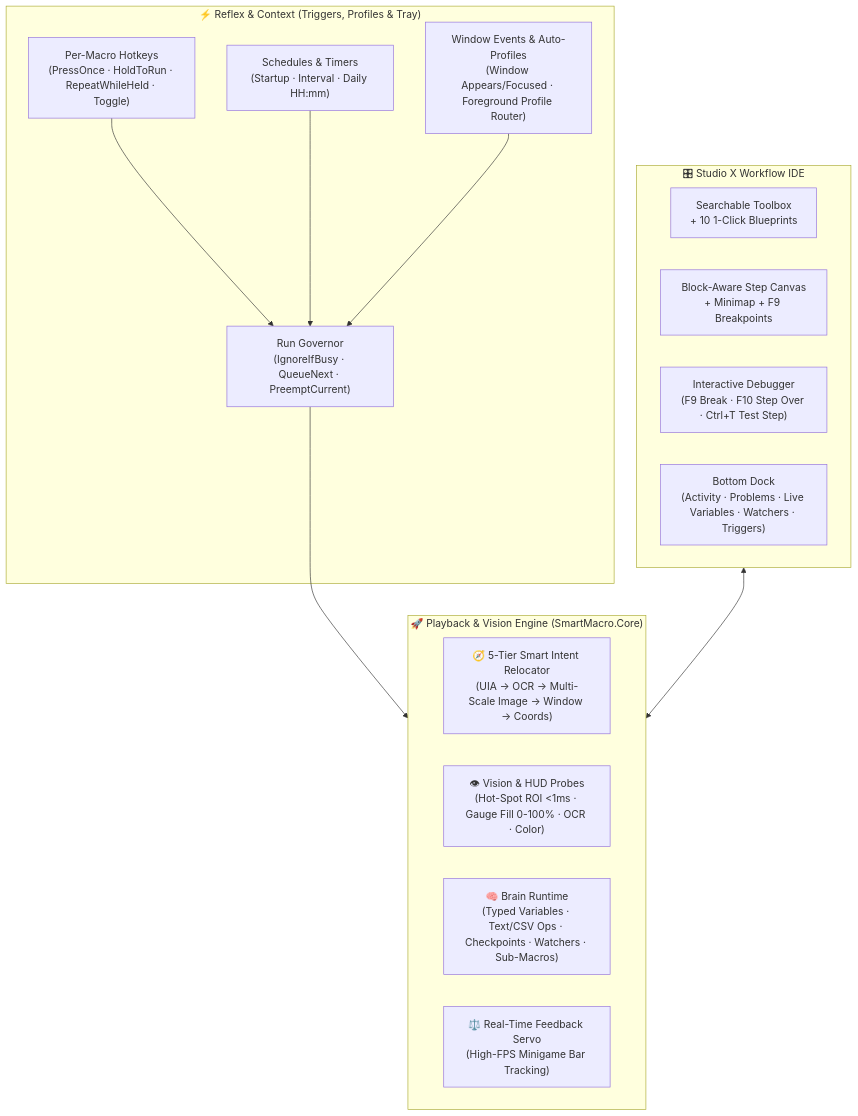
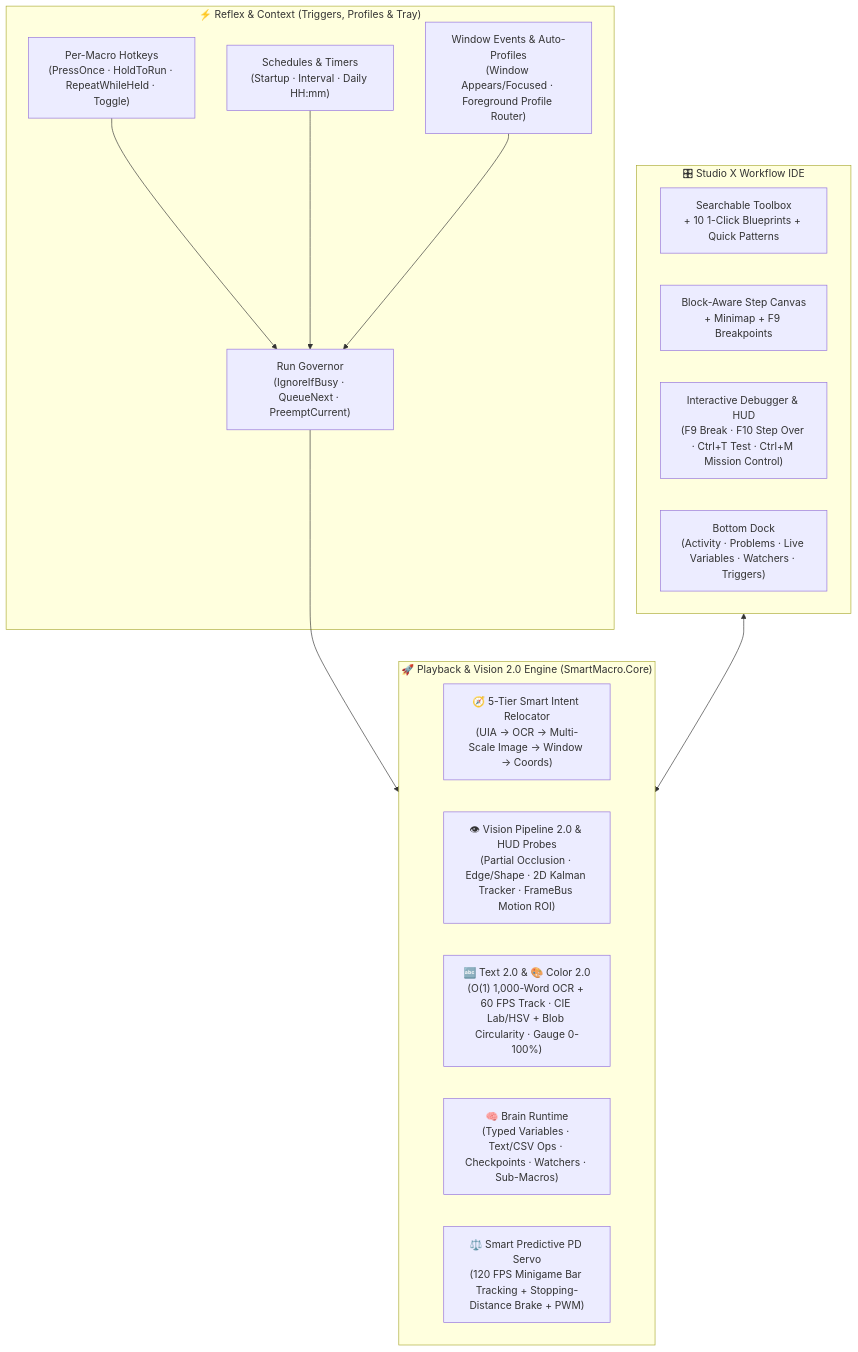
One commit to nenesakura-39/SmartMacro changed the diagram in README.md. Above: the diagram before and after it, drawn with Mermaid. The commit also changed other lines of this file and 132 other files, not shown here.

````diff
--- a/README.md
+++ b/README.md
@@ -13,27 +13,28 @@
 ```mermaid
 flowchart TB
     subgraph Triggers["⚡ Reflex & Context (Triggers, Profiles & Tray)"]
         HK["Per-Macro Hotkeys\n(PressOnce · HoldToRun · RepeatWhileHeld · Toggle)"]
         SCHED["Schedules & Timers\n(Startup · Interval · Daily HH:mm)"]
         WIN["Window Events & Auto-Profiles\n(Window Appears/Focused · Foreground Profile Router)"]
         GOV["Run Governor\n(IgnoreIfBusy · QueueNext · PreemptCurrent)"]
         HK & SCHED & WIN --> GOV
     end
 
     subgraph Studio["🎛 Studio X Workflow IDE"]
-        TB["Searchable Toolbox\n+ 10 1-Click Blueprints"]
+        TB["Searchable Toolbox\n+ 10 1-Click Blueprints + Quick Patterns"]
         CANVAS["Block-Aware Step Canvas\n+ Minimap + F9 Breakpoints"]
-        DBG["Interactive Debugger\n(F9 Break · F10 Step Over · Ctrl+T Test Step)"]
+        DBG["Interactive Debugger & HUD\n(F9 Break · F10 Step Over · Ctrl+T Test · Ctrl+M Mission Control)"]
         DOCK["Bottom Dock\n(Activity · Problems · Live Variables · Watchers · Triggers)"]
     end
 
-    subgraph Engine["🚀 Playback & Vision Engine (SmartMacro.Core)"]
+    subgraph Engine["🚀 Playback & Vision 2.0 Engine (SmartMacro.Core)"]
         INTENT["🧭 5-Tier Smart Intent Relocator\n(UIA → OCR → Multi-Scale Image → Window → Coords)"]
-        VISION["👁 Vision & HUD Probes\n(Hot-Spot ROI <1ms · Gauge Fill 0-100% · OCR · Color)"]
+        VISION["👁 Vision Pipeline 2.0 & HUD Probes\n(Partial Occlusion · Edge/Shape · 2D Kalman Tracker · FrameBus Motion ROI)"]
+        TEXTCOLOR["🔤 Text 2.0 & 🎨 Color 2.0\n(O(1) 1,000-Word OCR + 60 FPS Track · CIE Lab/HSV + Blob Circularity · Gauge 0-100%)"]
         BRAIN["🧠 Brain Runtime\n(Typed Variables · Text/CSV Ops · Checkpoints · Watchers · Sub-Macros)"]
-        SERVO["⚖️ Real-Time Feedback Servo\n(High-FPS Minigame Bar Tracking)"]
+        SERVO["⚖️ Smart Predictive PD Servo\n(120 FPS Minigame Bar Tracking + Stopping-Distance Brake + PWM)"]
     end
 
     GOV --> Engine
     Studio <--> Engine
 ```
````
